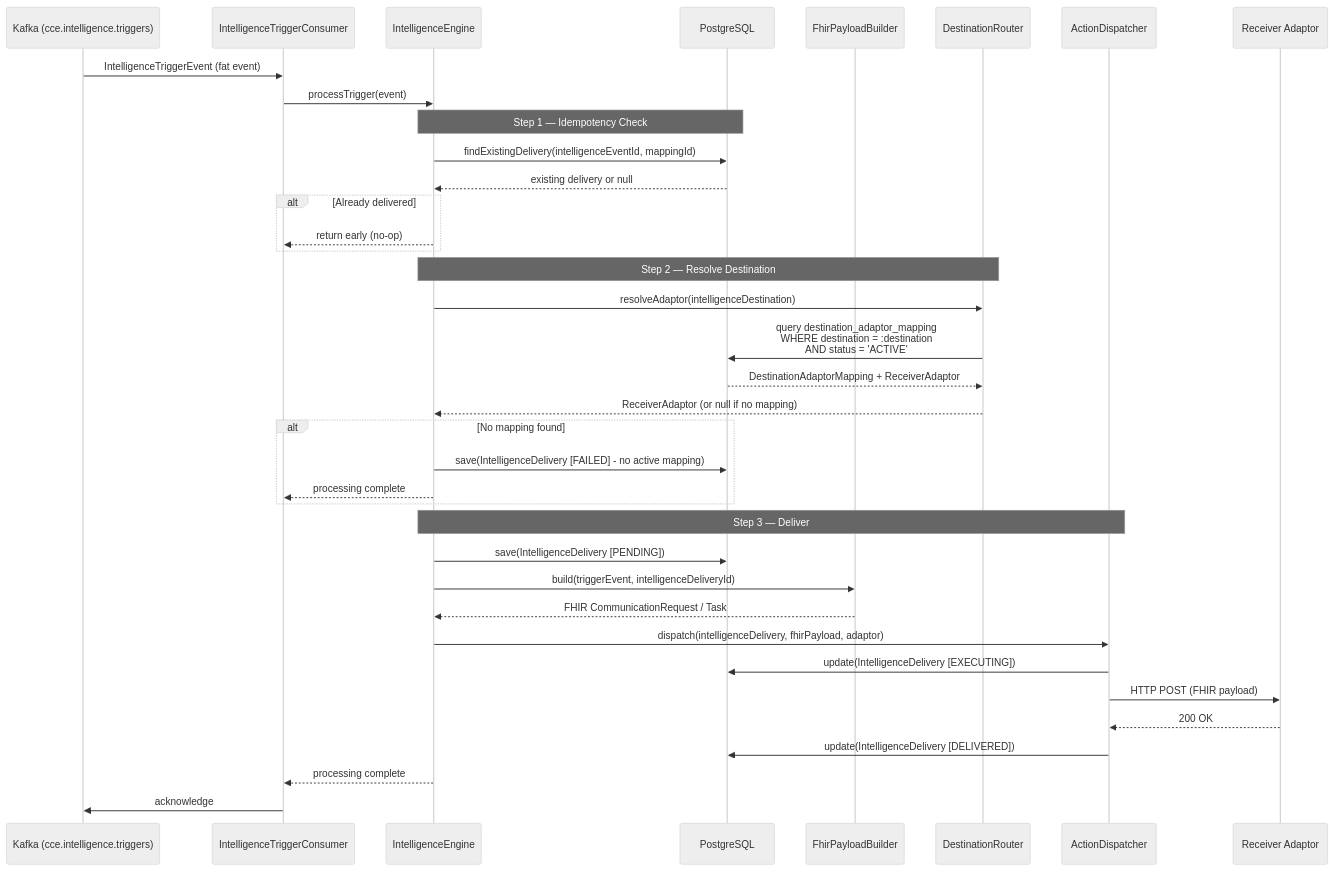
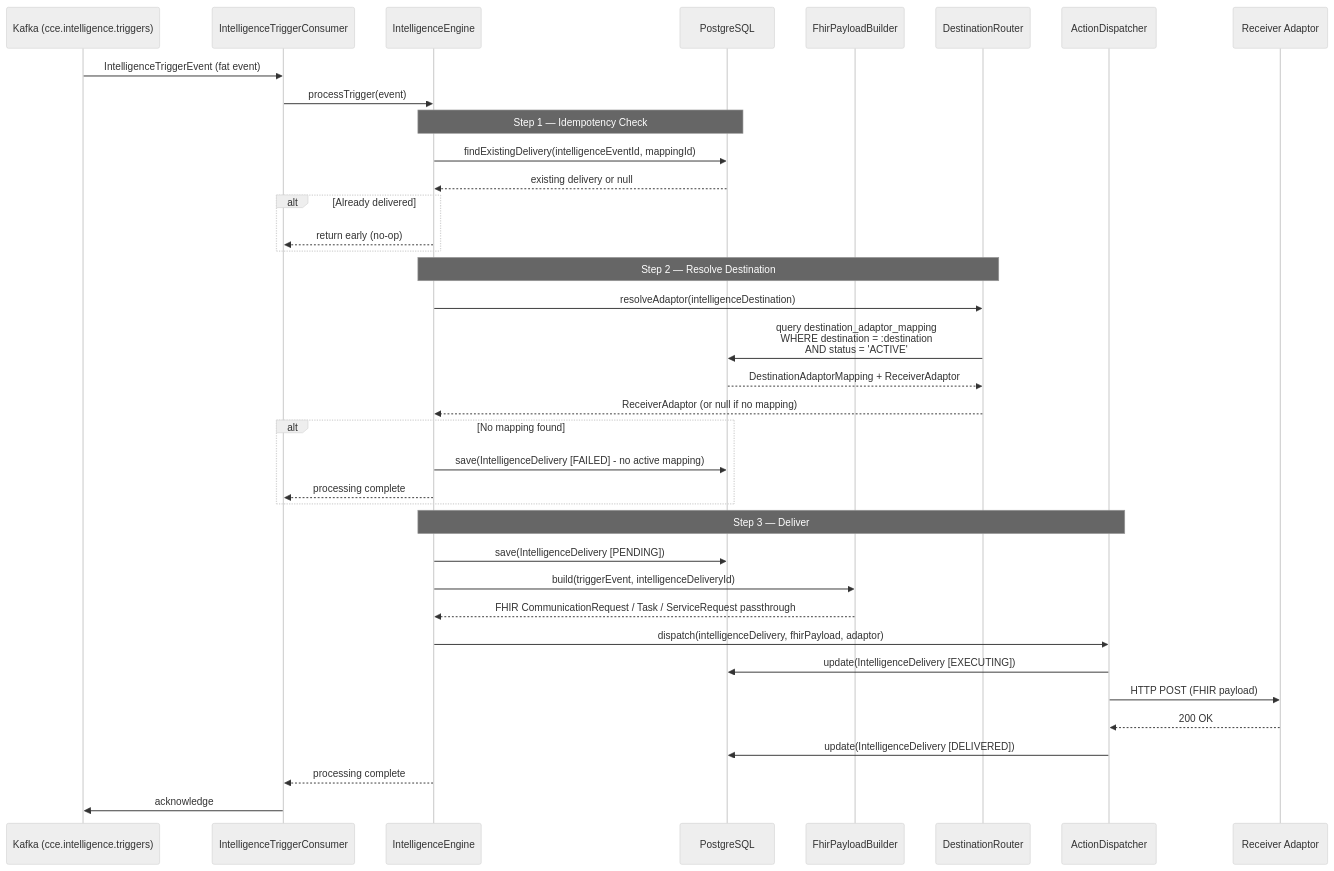
Before and after one commit to Jayaprakash8887/cce-intelligence-service: the second of 12 diagrams in docs/flow-diagrams.md, drawn with Mermaid (neutral theme). The commit also changed other lines of this file and 9 other files, not shown here.

Commit message:
feat: Enhance FHIR payload handling to support passthrough of ServiceRequest event payloads and update related documentation

````diff
--- a/docs/flow-diagrams.md
+++ b/docs/flow-diagrams.md
@@ -56,46 +56,46 @@
 ```mermaid
 sequenceDiagram
     participant Kafka as Kafka (cce.intelligence.triggers)
     participant Consumer as IntelligenceTriggerConsumer
     participant Engine as IntelligenceEngine
     participant DB as PostgreSQL
     participant Builder as FhirPayloadBuilder
     participant Router as DestinationRouter
     participant Dispatcher as ActionDispatcher
     participant Webhook as Receiver Adaptor
 
     Kafka->>Consumer: IntelligenceTriggerEvent (fat event)
     Consumer->>Engine: processTrigger(event)
 
     Note over Engine,DB: Step 1 — Idempotency Check
     Engine->>DB: findExistingDelivery(intelligenceEventId, mappingId)
     DB-->>Engine: existing delivery or null
 
     alt Already delivered
         Engine-->>Consumer: return early (no-op)
     end
 
     Note over Engine,Router: Step 2 — Resolve Destination
     Engine->>Router: resolveAdaptor(intelligenceDestination)
     Router->>DB: query destination_adaptor_mapping<br/>WHERE destination = :destination<br/>AND status = 'ACTIVE'
     DB-->>Router: DestinationAdaptorMapping + ReceiverAdaptor
     Router-->>Engine: ReceiverAdaptor (or null if no mapping)
 
     alt No mapping found
         Engine->>DB: save(IntelligenceDelivery [FAILED] - no active mapping)
         Engine-->>Consumer: processing complete
     end
 
     Note over Engine,Dispatcher: Step 3 — Deliver
     Engine->>DB: save(IntelligenceDelivery [PENDING])
     Engine->>Builder: build(triggerEvent, intelligenceDeliveryId)
-    Builder-->>Engine: FHIR CommunicationRequest / Task
+    Builder-->>Engine: FHIR CommunicationRequest / Task / ServiceRequest passthrough
     Engine->>Dispatcher: dispatch(intelligenceDelivery, fhirPayload, adaptor)
     Dispatcher->>DB: update(IntelligenceDelivery [EXECUTING])
     Dispatcher->>Webhook: HTTP POST (FHIR payload)
     Webhook-->>Dispatcher: 200 OK
     Dispatcher->>DB: update(IntelligenceDelivery [DELIVERED])
 
     Engine-->>Consumer: processing complete
     Consumer->>Kafka: acknowledge
 ```
````
